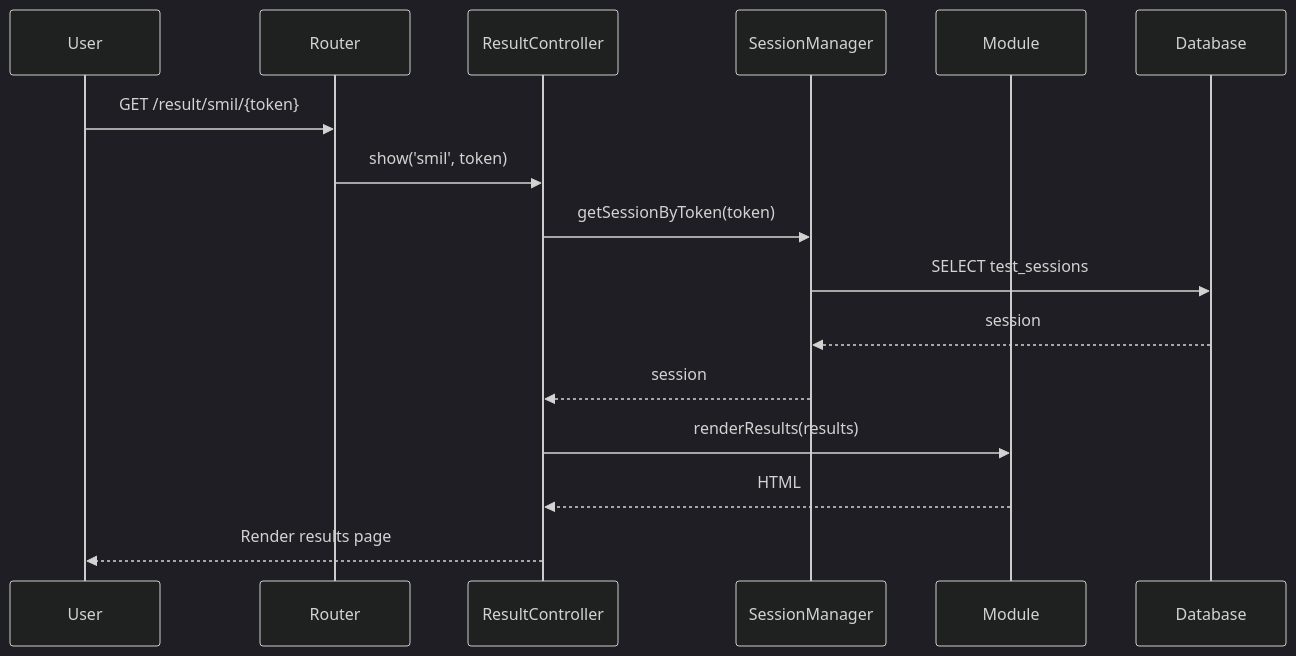
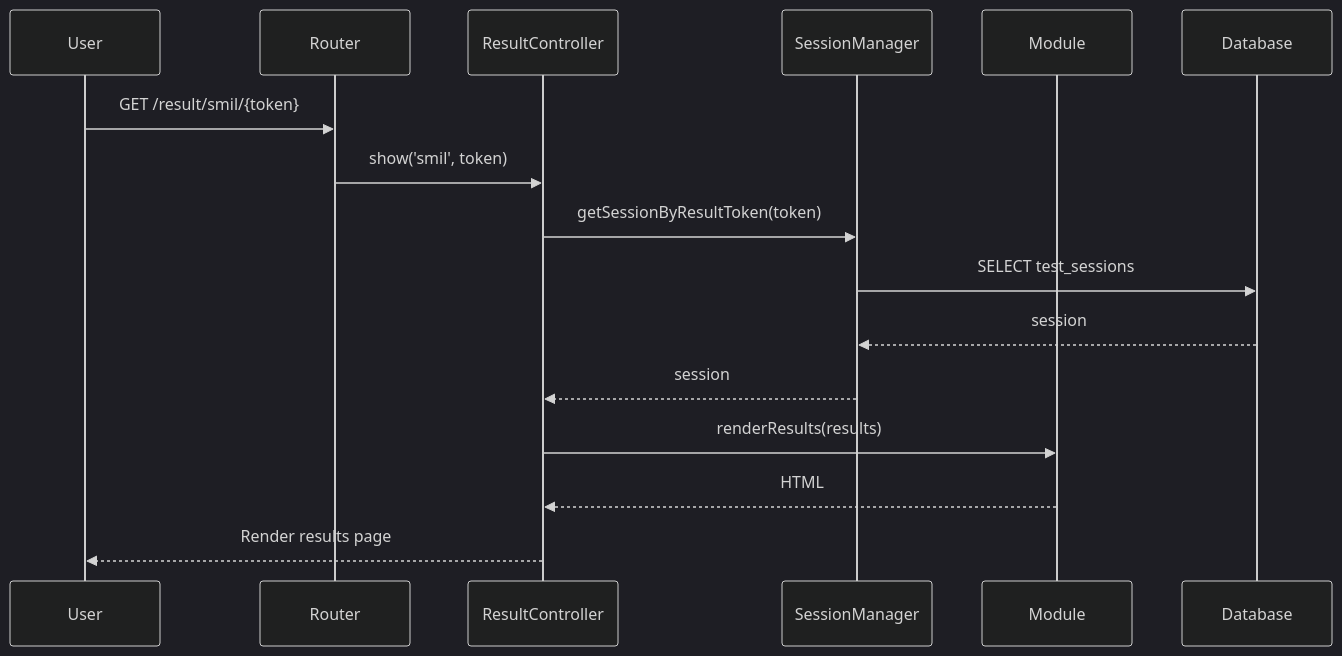
Before and after one commit to dmitryturin-art/psytest-platform: the fifth of 5 diagrams in docs/architecture.md, drawn with Mermaid (dark theme). The commit also changed other lines of this file and 14 other files, not shown here.

````diff
--- a/docs/architecture.md
+++ b/docs/architecture.md
@@ -569,19 +569,19 @@
 ```mermaid
 sequenceDiagram
     participant U as User
     participant R as Router
     participant RC as ResultController
     participant SM as SessionManager
     participant M as Module
     participant DB as Database
     
     U->>R: GET /result/smil/{token}
     R->>RC: show('smil', token)
-    RC->>SM: getSessionByToken(token)
+    RC->>SM: getSessionByResultToken(token)
     SM->>DB: SELECT test_sessions
     DB-->>SM: session
     SM-->>RC: session
     RC->>M: renderResults(results)
     M-->>RC: HTML
     RC-->>U: Render results page
 ```
````
